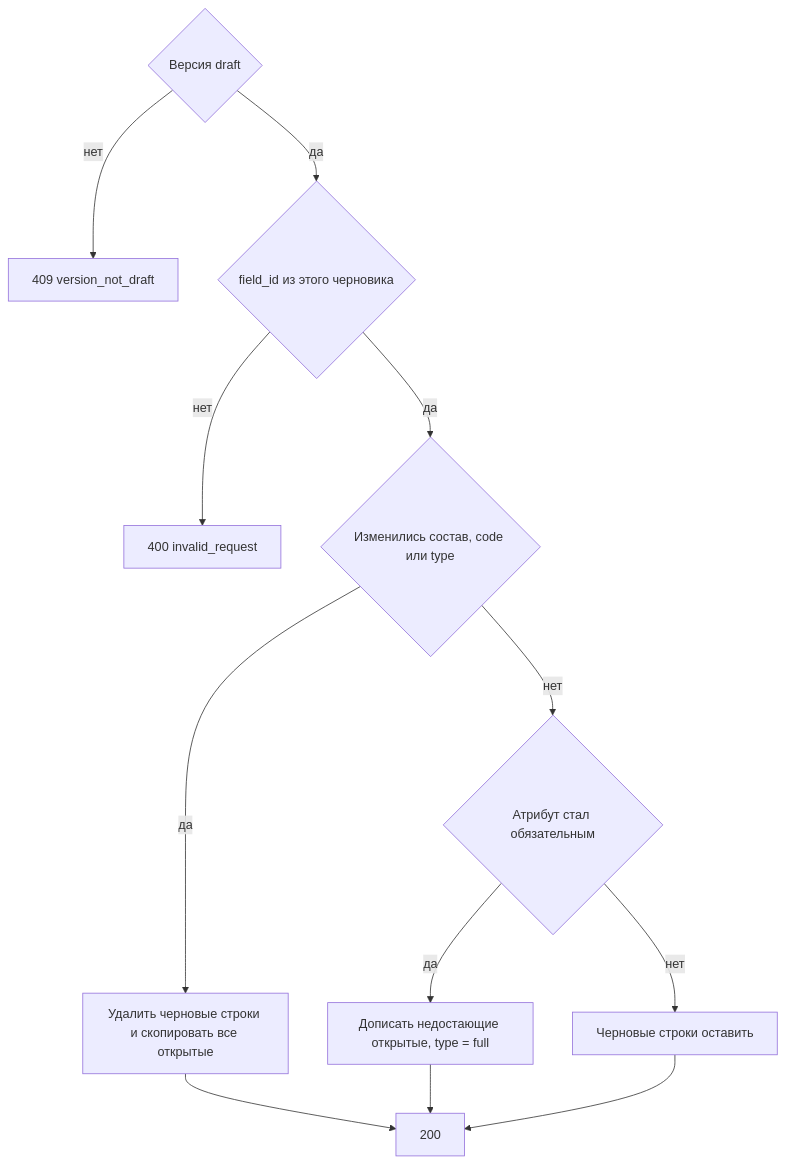
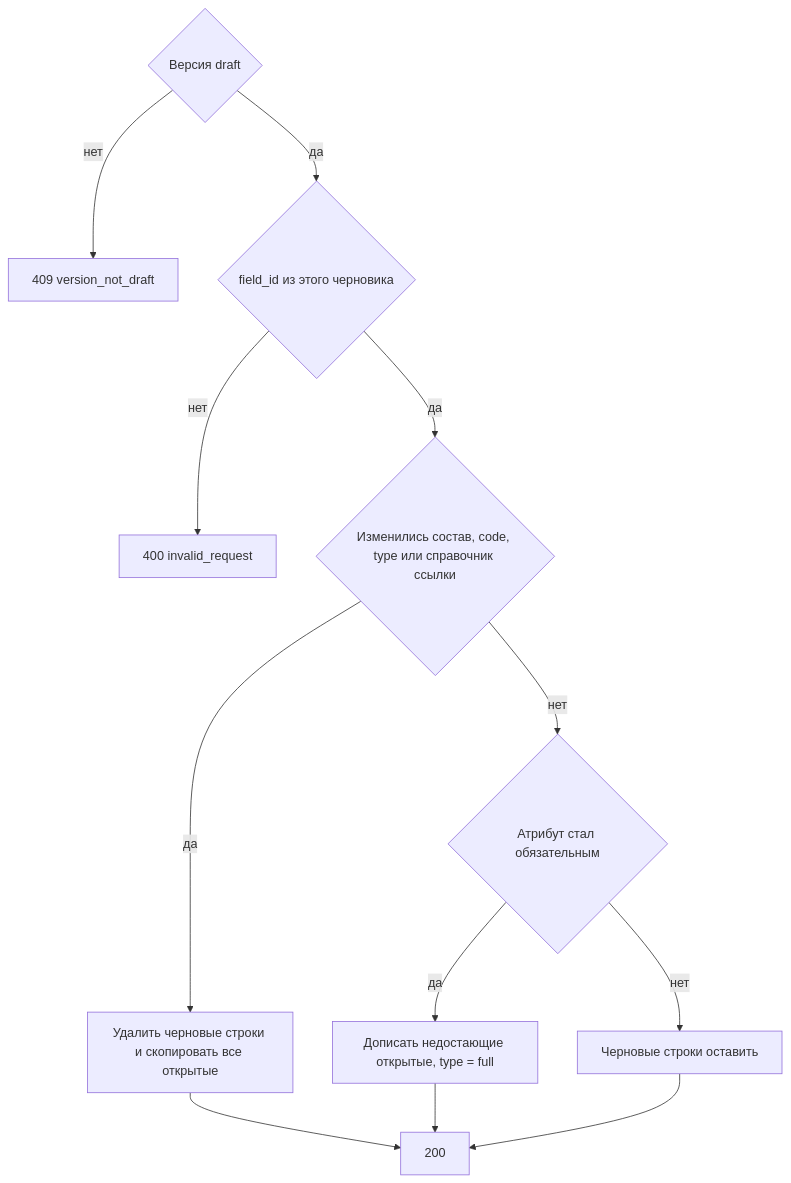
One commit to StrannikE95/reference_data changed the diagram in docs/1. functional/specification/v3 - 1 таблица/api/management.api/MetadataController/patch_version.md. Above: the diagram before and after it, drawn with Mermaid. The commit also changed other lines of this file and 12 other files, not shown here.

````diff
--- a/docs/1. functional/specification/v3 - 1 таблица/api/management.api/MetadataController/patch_version.md
+++ b/docs/1. functional/specification/v3 - 1 таблица/api/management.api/MetadataController/patch_version.md
@@ -97,14 +103,14 @@
 ```mermaid
 flowchart TD
   draft{"Версия draft"} -->|нет| bad["409 version_not_draft"]
   draft -->|да| known{"field_id из этого черновика"}
   known -->|нет| req["400 invalid_request"]
-  known -->|да| struct{"Изменились состав, code или type"}
+  known -->|да| struct{"Изменились состав, code, type или справочник ссылки"}
   struct -->|да| wipe["Удалить черновые строки и скопировать все открытые"]
   struct -->|нет| reqUp{"Атрибут стал обязательным"}
   reqUp -->|да| keepReq["Дописать недостающие открытые, type = full"]
   reqUp -->|нет| keep["Черновые строки оставить"]
   wipe --> ok["200"]
   keepReq --> ok
   keep --> ok
 ```
````
